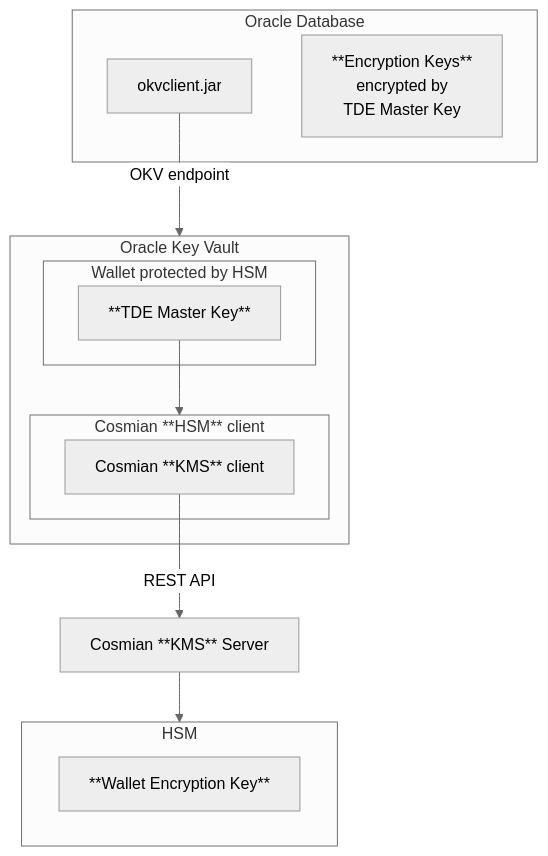
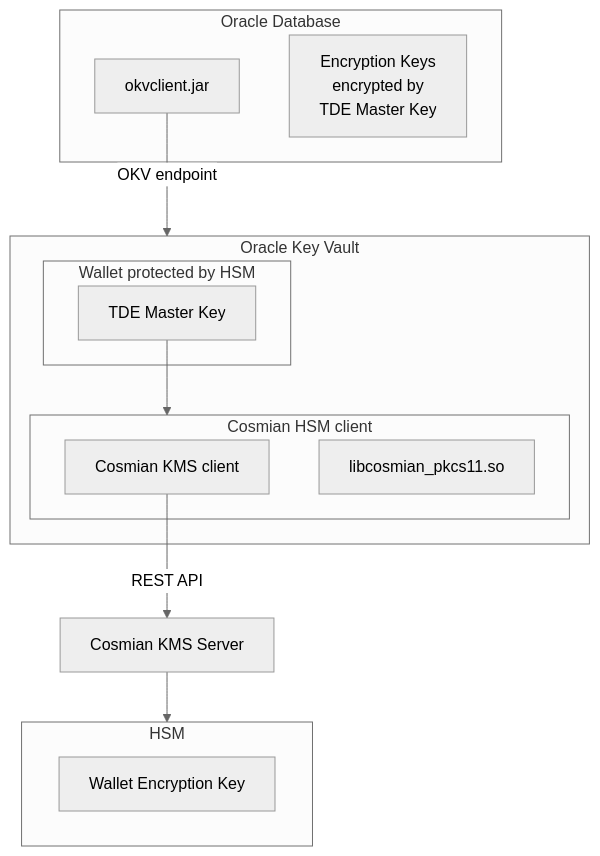
One commit to Cosmian/kms changed the first of 2 diagrams in documentation/docs/integrations/databases/oracle_tde.md. Above: the diagram before and after it, drawn with Mermaid (neutral theme). The commit also changed other lines of this file and 33 other files, not shown here.

Commit message:
feat(oracle_tde): add OIDC auth on client via Oracle password

````diff
--- a/documentation/docs/integrations/databases/oracle_tde.md
+++ b/documentation/docs/integrations/databases/oracle_tde.md
@@ -28,24 +28,25 @@
 ```mermaid
 graph TD
-    subgraph okv_client[Oracle Database]
+    subgraph oracle_db[Oracle Database]
         okvclient[okvclient.jar]
-        dek[**Encryption Keys**
+        dek[Encryption Keys
         encrypted by
         TDE Master Key]
     end
-    okvclient -- OKV endpoint --> OKV[Oracle Key Vault]
+    okvclient -- OKV endpoint --> OKV
     subgraph OKV[Oracle Key Vault]
-        subgraph hsm_client[Cosmian **HSM** client]
-            kms_client[Cosmian **KMS** client]
+        subgraph hsm_client[Cosmian HSM client]
+            kms_client[Cosmian KMS client]
+            pkcs11_lib[libcosmian_pkcs11.so]
         end
         subgraph wallet[Wallet protected by HSM]
-            tde[**TDE Master Key**]
+            tde[TDE Master Key]
         end
         tde --> hsm_client
     end
-    kms_client -- REST API --> KMS[Cosmian **KMS** Server]
-    KMS --> HSM[HSM]
+    kms_client -- REST API --> KMS[Cosmian KMS Server]
+    KMS --> HSM
     subgraph HSM[HSM]
-        kek[**Wallet Encryption Key**]
+        kek[Wallet Encryption Key]
     end
 ```
````
